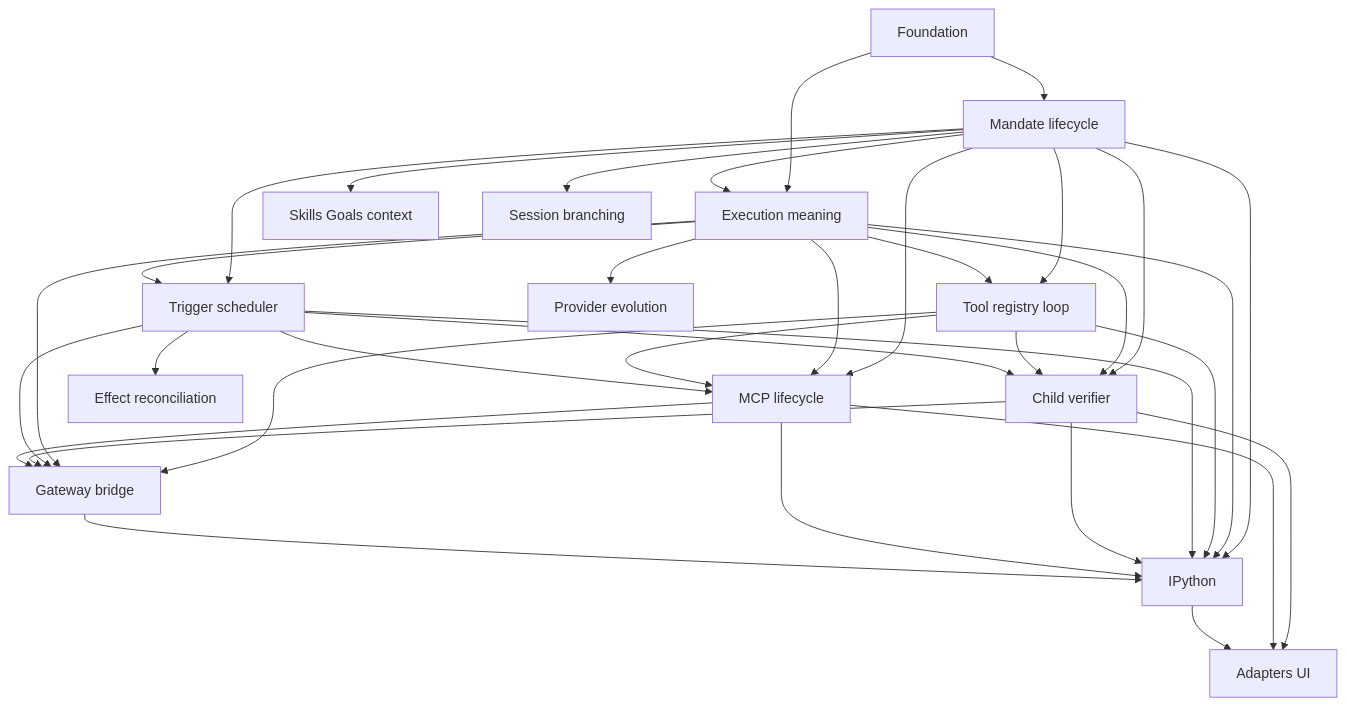
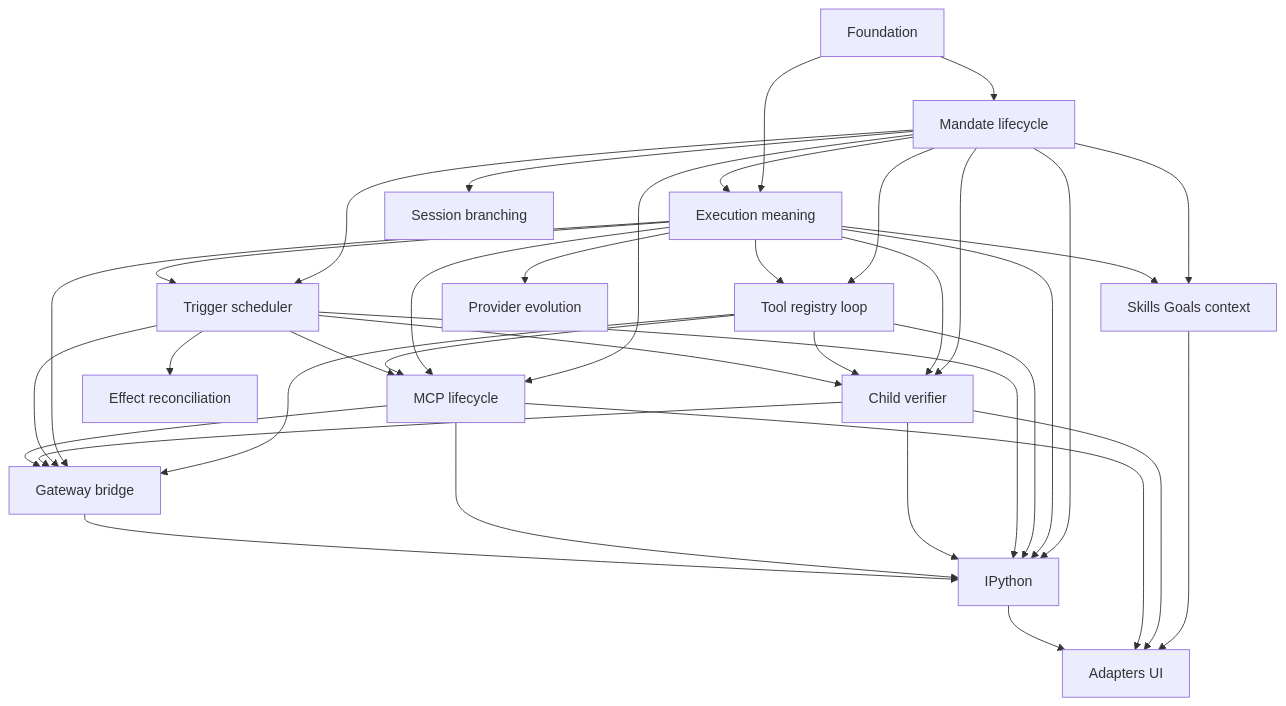
One commit to y0tsy/intention-relay changed the diagram in docs/intention-relay/reconciliation/ownership-and-dependency-map.md. Above: the diagram before and after it, drawn with Mermaid. The commit also changed other lines of this file and 21 other files, not shown here.

Commit message:
docs(architecture): define goals skills context

````diff
--- a/docs/intention-relay/reconciliation/ownership-and-dependency-map.md
+++ b/docs/intention-relay/reconciliation/ownership-and-dependency-map.md
@@ -26,37 +27,39 @@
 ```mermaid
 flowchart TD
   F[Foundation] --> E[Execution meaning]
   F --> M[Mandate lifecycle]
   M --> E
   M --> T[Tool registry loop]
   E --> T
   M --> S[Trigger scheduler]
   E --> S
   M --> C[Child verifier]
   E --> C
   T --> C
   S --> C
   M --> P[MCP lifecycle]
   E --> P
   T --> G[Gateway bridge]
   E --> G
   S --> G
   C --> G
   P --> G
   M --> I[IPython]
   E --> I
   T --> I
   S --> I
   C --> I
   P --> I
   S --> X[Effect reconciliation]
   T --> P
   S --> P
   M --> K[Skills Goals context]
+  E --> K
+  K --> U[Adapters UI]
   G --> I
   E --> V[Provider evolution]
   M --> B[Session branching]
   C --> U[Adapters UI]
   P --> U
   I --> U
 ```
````
